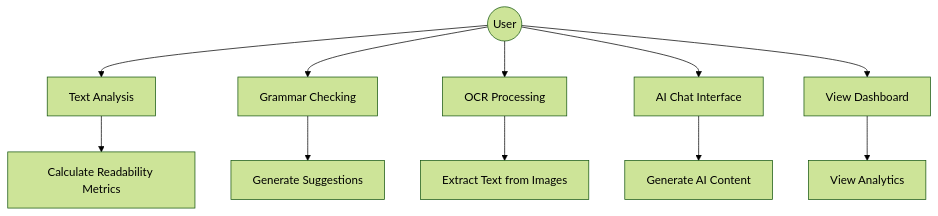
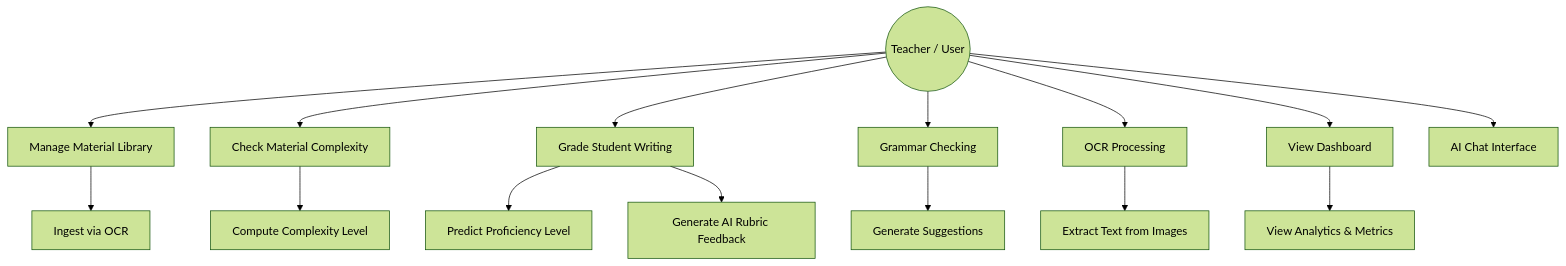
The second of 4 diagrams in System Documentation.md (ianxroy/readtrack), drawn with Mermaid (forest theme) before and after one commit. The commit also changed other lines of this file and 3 other files, not shown here.

````diff
--- a/System Documentation.md
+++ b/System Documentation.md
@@ -115,16 +120,20 @@
 ```mermaid
 graph TB
-    User((User))
-    
-    User --> TextAnalysis[Text Analysis]
-    User --> GrammarCheck[Grammar Checking]
-    User --> OCRProcess[OCR Processing]
-    User --> AIChat[AI Chat Interface]
-    User --> Dashboard[View Dashboard]
-    
-    TextAnalysis --> ReadMetrics[Calculate Readability Metrics]
+    Teacher((Teacher / User))
+
+    Teacher --> MaterialLib[Manage Material Library]
+    Teacher --> MaterialCheck[Check Material Complexity]
+    Teacher --> StudentGrade[Grade Student Writing]
+    Teacher --> GrammarCheck[Grammar Checking]
+    Teacher --> OCRProcess[OCR Processing]
+    Teacher --> Dashboard[View Dashboard]
+    Teacher --> AIChat[AI Chat Interface]
+
+    MaterialLib --> IngestOCR[Ingest via OCR]
+    MaterialCheck --> ComplexityScore[Compute Complexity Level]
+    StudentGrade --> ProficiencyScore[Predict Proficiency Level]
+    StudentGrade --> RubricFeedback[Generate AI Rubric Feedback]
     GrammarCheck --> Suggestions[Generate Suggestions]
     OCRProcess --> ExtractText[Extract Text from Images]
-    AIChat --> ContentGen[Generate AI Content]
-    Dashboard --> Analytics[View Analytics]
+    Dashboard --> Analytics[View Analytics & Metrics]
 ```
````
